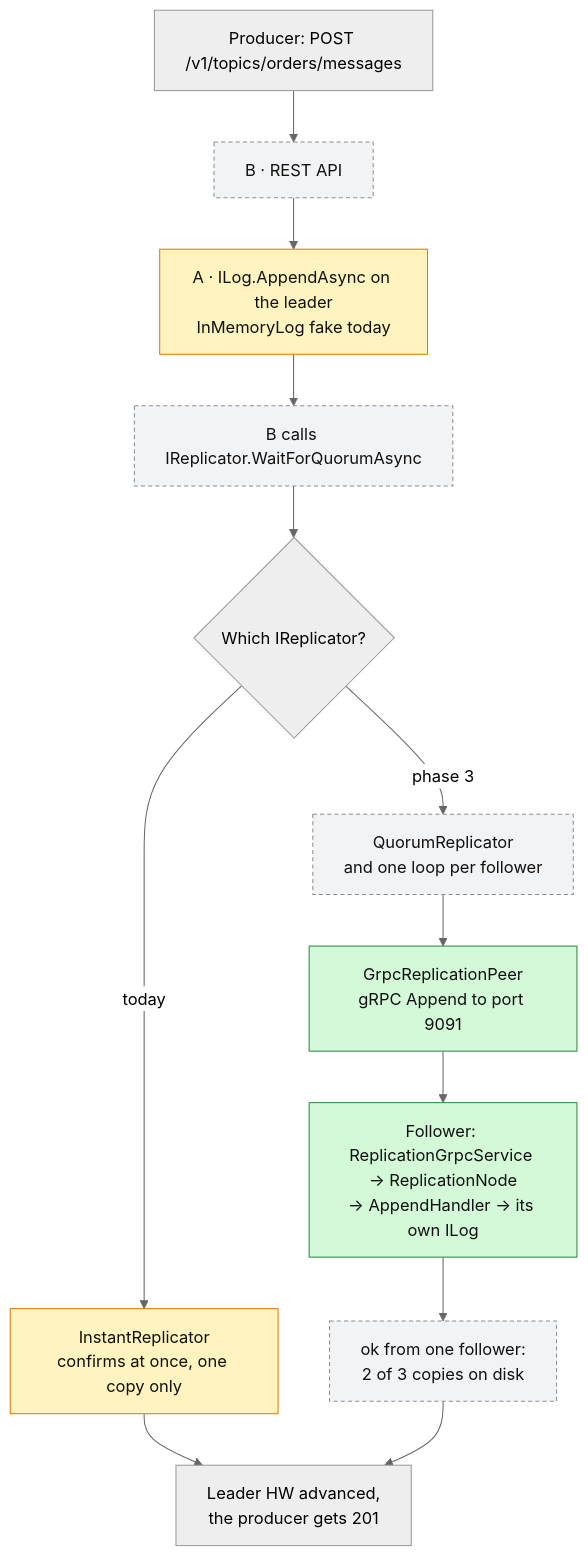
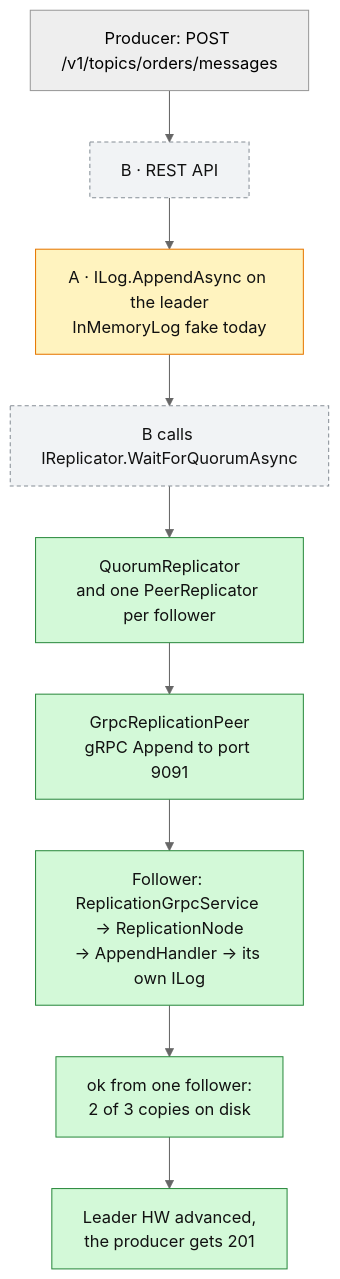
One commit to paulisuden/K0sStreams changed the first of 23 diagrams in docs/replication-scenarios.md. Above: the diagram before and after it, drawn with Mermaid (neutral theme). The commit also changed other lines of this file and 21 other files, not shown here.

````diff
--- a/docs/replication-scenarios.md
+++ b/docs/replication-scenarios.md
@@ -55,18 +55,15 @@
 ```mermaid
 flowchart TD
     P["Producer: POST /v1/topics/orders/messages"] --> API["B · REST API"]:::notyet
     API --> LA["A · ILog.AppendAsync on the leader<br/>InMemoryLog fake today"]:::fake
     LA --> W["B calls IReplicator.WaitForQuorumAsync"]:::notyet
-    W --> Q{"Which IReplicator?"}
-    Q -- today --> IR["InstantReplicator<br/>confirms at once, one copy only"]:::fake
-    Q -- "phase 3" --> QR["QuorumReplicator<br/>and one loop per follower"]:::notyet
+    W --> QR["QuorumReplicator<br/>and one PeerReplicator per follower"]:::built
     QR --> GP["GrpcReplicationPeer<br/>gRPC Append to port 9091"]:::built
     GP --> FOL["Follower: ReplicationGrpcService → ReplicationNode<br/>→ AppendHandler → its own ILog"]:::built
-    FOL --> ACK["ok from one follower:<br/>2 of 3 copies on disk"]:::notyet
-    IR --> HW["Leader HW advanced,<br/>the producer gets 201"]
-    ACK --> HW
+    FOL --> ACK["ok from one follower:<br/>2 of 3 copies on disk"]:::built
+    ACK --> HW["Leader HW advanced,<br/>the producer gets 201"]:::built
 
     classDef built fill:#d3f9d8,stroke:#2b8a3e,color:#111
     classDef fake fill:#fff3bf,stroke:#e67700,color:#111
     classDef notyet fill:#f1f3f5,stroke:#868e96,color:#111,stroke-dasharray:4 3
 ```
````
